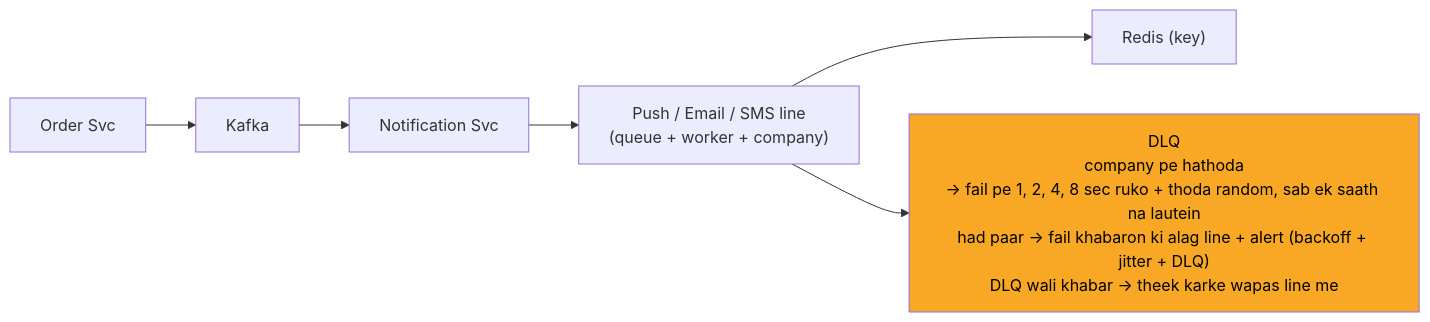
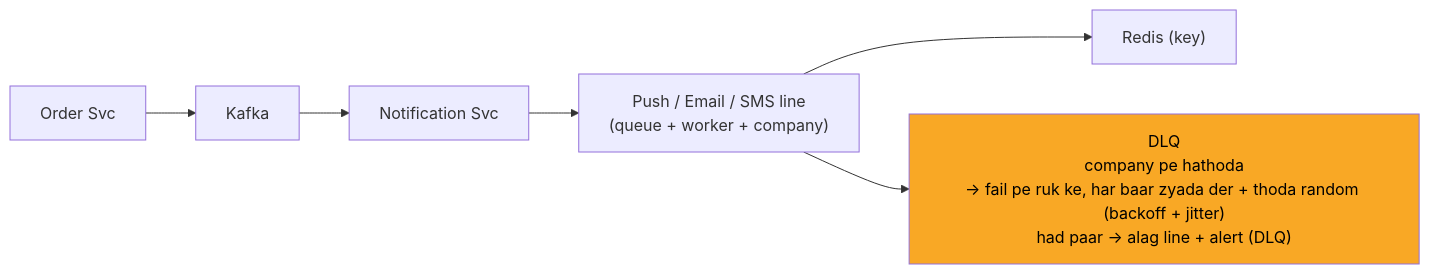
Before and after one commit to ArpanMaheshwari144/Prep: the diagram in 04_HLD/SYSTEM_DESIGNS/04_notification_system/img/c5.mmd, drawn with Mermaid. The commit also changed 47 other files, not shown here.

```diff
--- a/04_HLD/SYSTEM_DESIGNS/04_notification_system/img/c5.mmd
+++ b/04_HLD/SYSTEM_DESIGNS/04_notification_system/img/c5.mmd
@@ -1,14 +1,14 @@
 %%{init: {"flowchart": {"wrappingWidth": 450}}}%%
 flowchart LR
     n_Order_Svc["Order Svc"]
     n_Kafka["Kafka"]
     n_Notification_Svc["Notification Svc"]
     n_LINES["Push / Email / SMS line<br/>(queue + worker + company)"]
     n_Redis["Redis (key)"]
-    n_DLQ["DLQ<br/>company pe hathoda<br/>-> fail pe 1, 2, 4, 8 sec ruko + thoda random, sab ek saath na lautein<br/>had paar -> fail khabaron ki alag line + alert (backoff + jitter + DLQ)<br/>DLQ wali khabar -> theek karke wapas line me"]
+    n_DLQ["DLQ<br/>company pe hathoda<br/>-> fail pe ruk ke, har baar zyada der + thoda random (backoff + jitter)<br/>had paar -> alag line + alert (DLQ)"]
     n_Order_Svc --> n_Kafka
     n_Kafka --> n_Notification_Svc
     n_Notification_Svc --> n_LINES
     n_LINES --> n_Redis
     n_LINES --> n_DLQ
     style n_DLQ fill:#f9a825,color:#000
```
